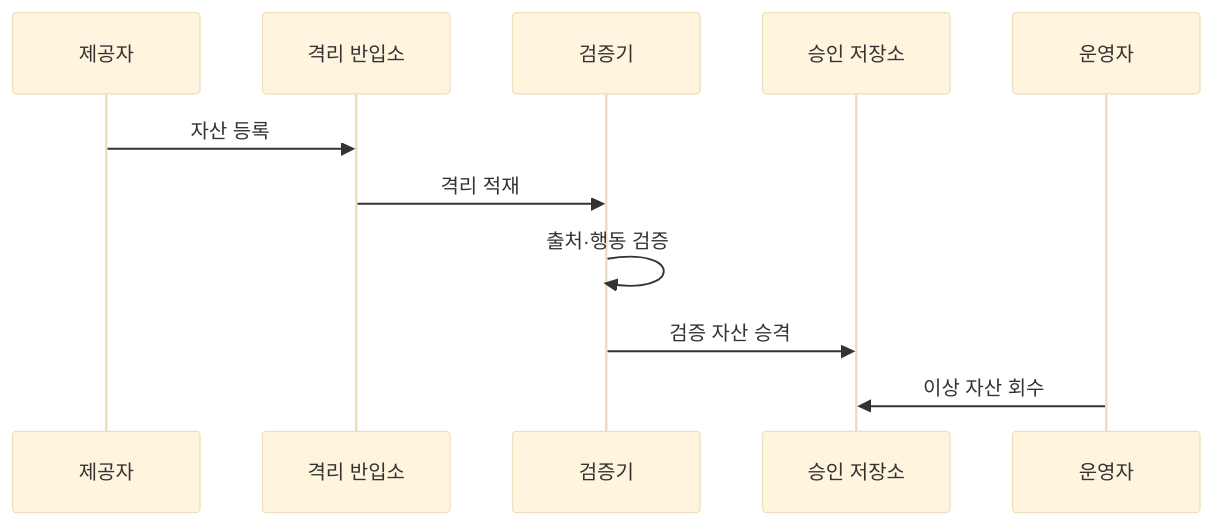
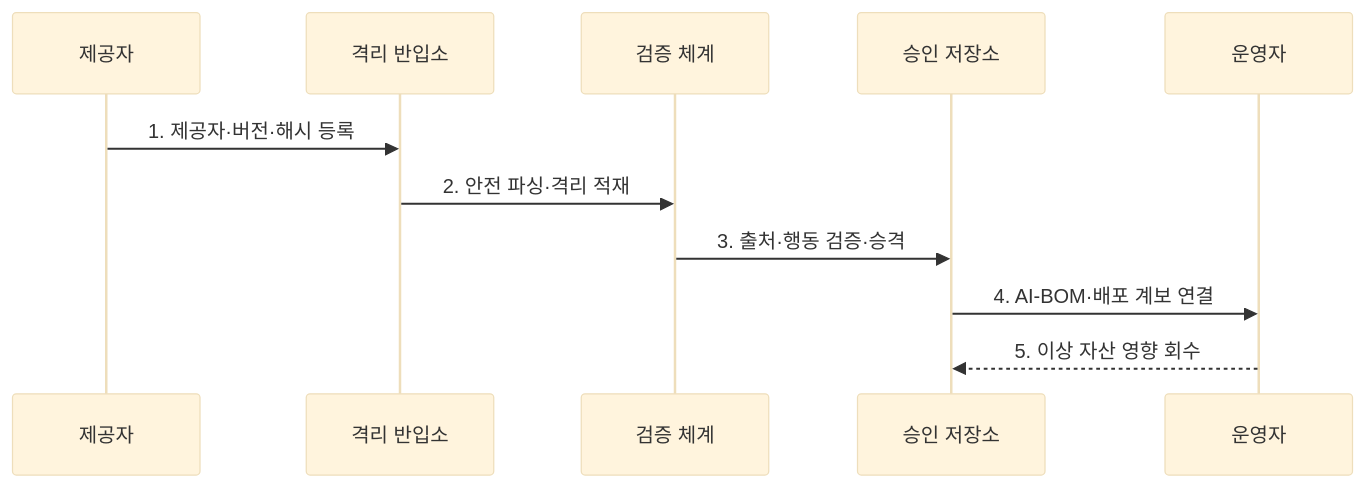
One commit to agnusdei1207/knowledge-base changed the second of 2 diagrams in src/content/docs/notes/05-security/093_ai_supply_chain_security.md. Above: the diagram before and after it, drawn with Mermaid (base theme). The commit also changed other lines of this file and 3 other files, not shown here.

````diff
--- a/src/content/docs/notes/05-security/093_ai_supply_chain_security.md
+++ b/src/content/docs/notes/05-security/093_ai_supply_chain_security.md
@@ -81,13 +80,13 @@
 ```mermaid
 sequenceDiagram
     participant P as 제공자
     participant Q as 격리 반입소
-    participant V as 검증기
+    participant V as 검증 체계
     participant R as 승인 저장소
     participant O as 운영자
-    P->>Q: 자산 등록
-    Q->>V: 격리 적재
-    V->>V: 출처·행동 검증
-    V->>R: 검증 자산 승격
-    O->>R: 이상 자산 회수
+    P->>Q: 1. 제공자·버전·해시 등록
+    Q->>V: 2. 안전 파싱·격리 적재
+    V->>R: 3. 출처·행동 검증·승격
+    R->>O: 4. AI-BOM·배포 계보 연결
+    O-->>R: 5. 이상 자산 영향 회수
 ```
````
